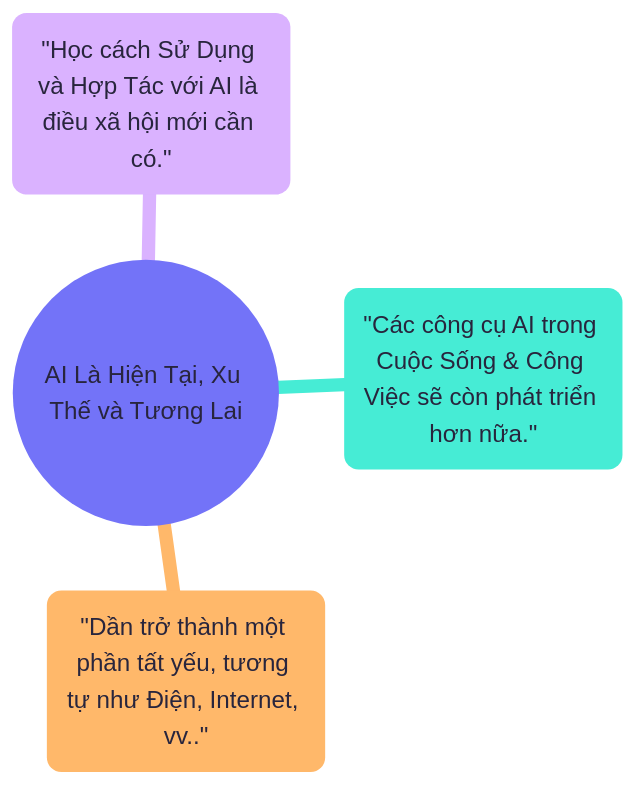
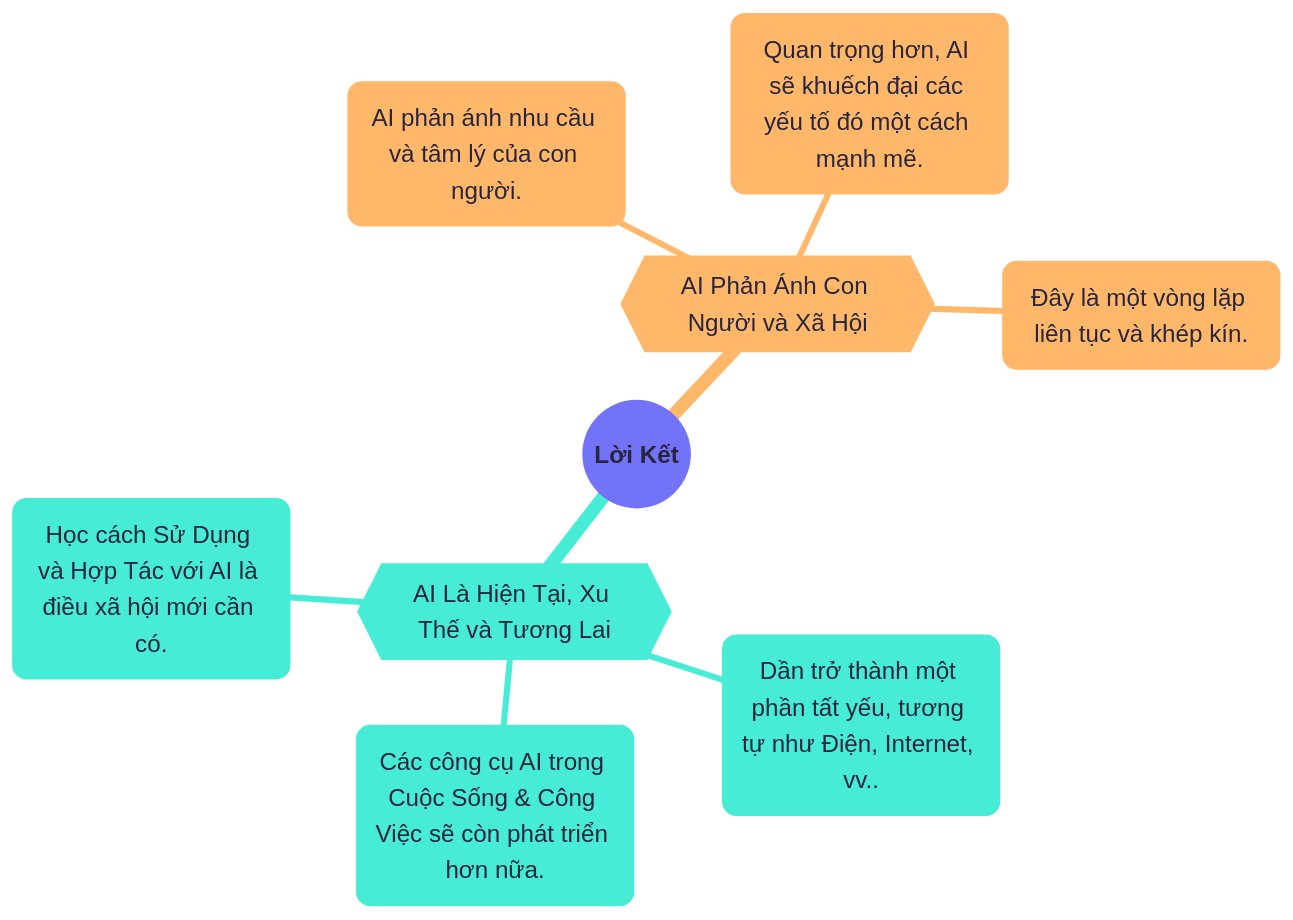
One commit to sam-uit/typst-report-template changed the diagram in content/diagrams/chapter06-loiket.mmd. Above: the diagram before and after it, drawn with Mermaid.

```diff
--- a/content/diagrams/chapter06-loiket.mmd
+++ b/content/diagrams/chapter06-loiket.mmd
@@ -1,12 +1,17 @@
 ---
 config:
   theme: redux-color
   themeVariables:
     fontFamily: Google Sans
     fontSize: 20px
 ---
 mindmap
-  root(("AI Là Hiện Tại, Xu Thế và Tương Lai"))
-    "Các công cụ AI trong Cuộc Sống & Công Việc sẽ còn phát triển hơn nữa."
-    "Dần trở thành một phần tất yếu, tương tự như Điện, Internet, vv.."
-    "Học cách Sử Dụng và Hợp Tác với AI là điều xã hội mới cần có."
+((**Lời Kết**))
+  {{AI Là Hiện Tại, Xu Thế và Tương Lai}}
+    Các công cụ AI trong Cuộc Sống & Công Việc sẽ còn phát triển hơn nữa.
+    Dần trở thành một phần tất yếu, tương tự như Điện, Internet, vv..
+    Học cách Sử Dụng và Hợp Tác với AI là điều xã hội mới cần có.
+  {{AI Phản Ánh Con Người và Xã Hội}}
+    AI phản ánh nhu cầu và tâm lý của con người.
+    Quan trọng hơn, AI sẽ khuếch đại các yếu tố đó một cách mạnh mẽ.
+    Đây là một vòng lặp liên tục và khép kín.
```
